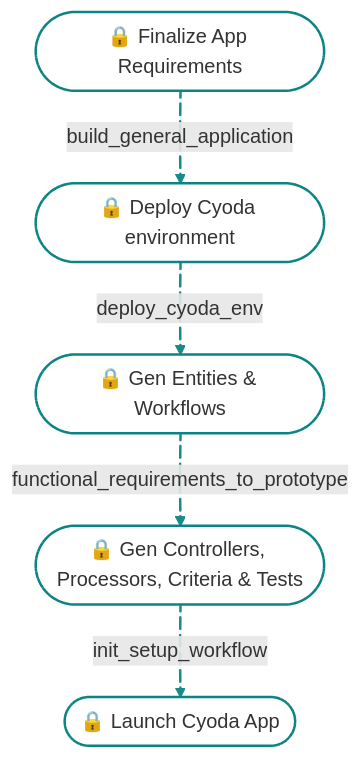
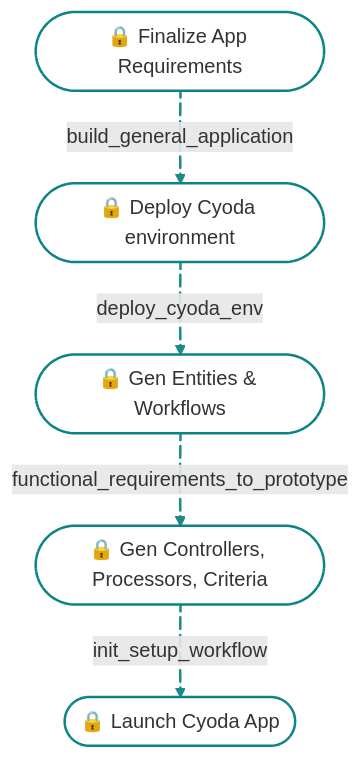
Before and after one commit to Cyoda-platform/ai-assistant: the diagram in workflow_configs/messages/welcome_user_25fc/message.md, drawn with Mermaid. The commit also changed 75 other files, not shown here.

````diff
--- a/workflow_configs/messages/welcome_user_25fc/message.md
+++ b/workflow_configs/messages/welcome_user_25fc/message.md
@@ -3,19 +3,19 @@
 ```mermaid
 graph TD
     %% Nodes
     A([🔒 Finalize App Requirements]):::bar e1@== build_general_application
     ==> B([🔒 Deploy Cyoda environment]):::bar
     B e2@== deploy_cyoda_env ==> C([🔒 Gen Entities & Workflows]):::bar
-    C e3@== functional_requirements_to_prototype ==> D([🔒 Gen Controllers, Processors, Criteria & Tests]):::bar
+    C e3@== functional_requirements_to_prototype ==> D([🔒 Gen Controllers, Processors, Criteria]):::bar
     D e4@== init_setup_workflow ==> E([🔒 Launch Cyoda App]):::bar
 
     %% Animations (original event markers)
     e1@{ animate: true }
     e2@{ animate: true }
     e3@{ animate: true }
     e4@{ animate: true }
 
     %% Styles (transparent nodes, teal accents)
     classDef bar fill:transparent,stroke:#0D8484,stroke-width:2px,rx:12,ry:12
     linkStyle default stroke:#0D8484,stroke-width:2px,opacity:0.95
 ```   
````
